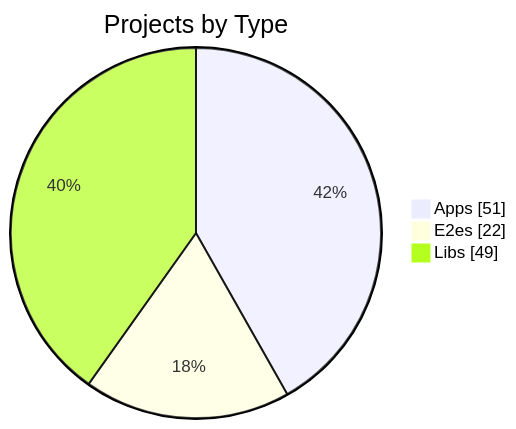
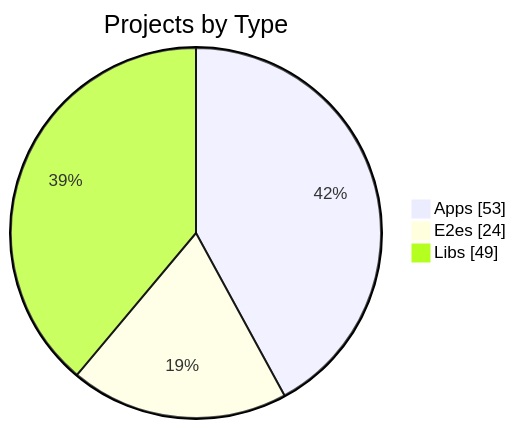
Before and after one commit to KBVE/kbve: the first of 3 diagrams in apps/kbve/astro-kbve/src/content/docs/dashboard/graph.mdx, drawn with Mermaid. The commit also changed other lines of this file and 8 other files, not shown here.

````diff
--- a/apps/kbve/astro-kbve/src/content/docs/dashboard/graph.mdx
+++ b/apps/kbve/astro-kbve/src/content/docs/dashboard/graph.mdx
@@ -56,7 +56,7 @@
 ```mermaid
 pie showData
     title Projects by Type
-    "Apps" : 51
-    "E2es" : 22
+    "Apps" : 53
+    "E2es" : 24
     "Libs" : 49
 ```
````
